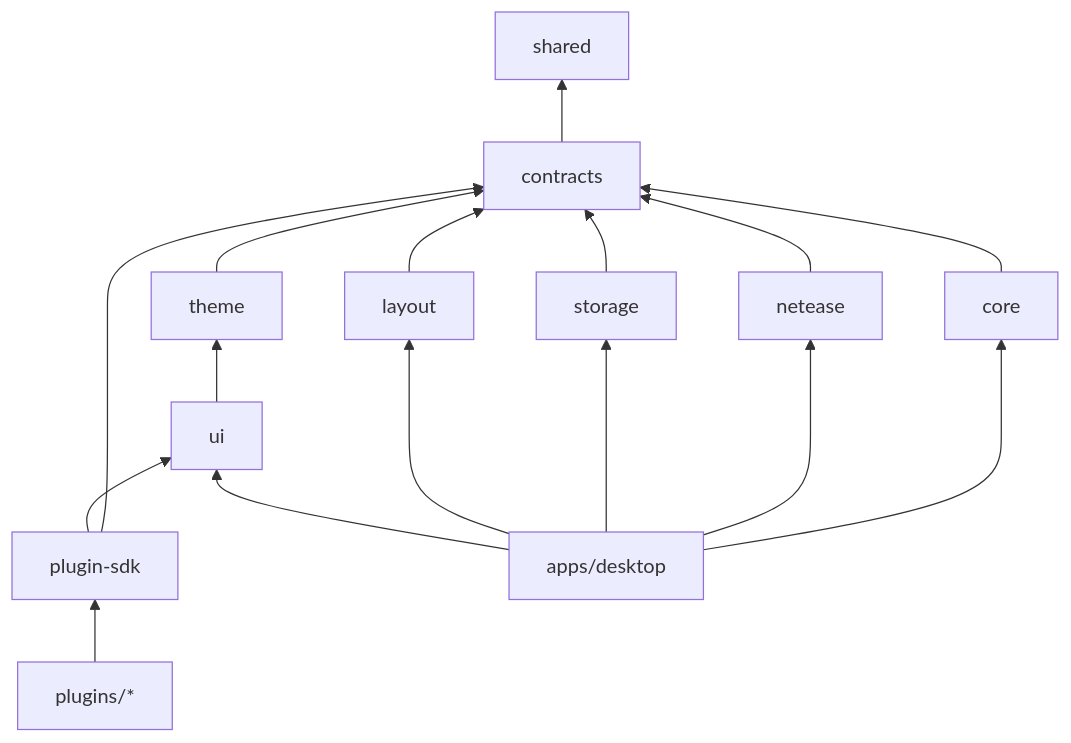
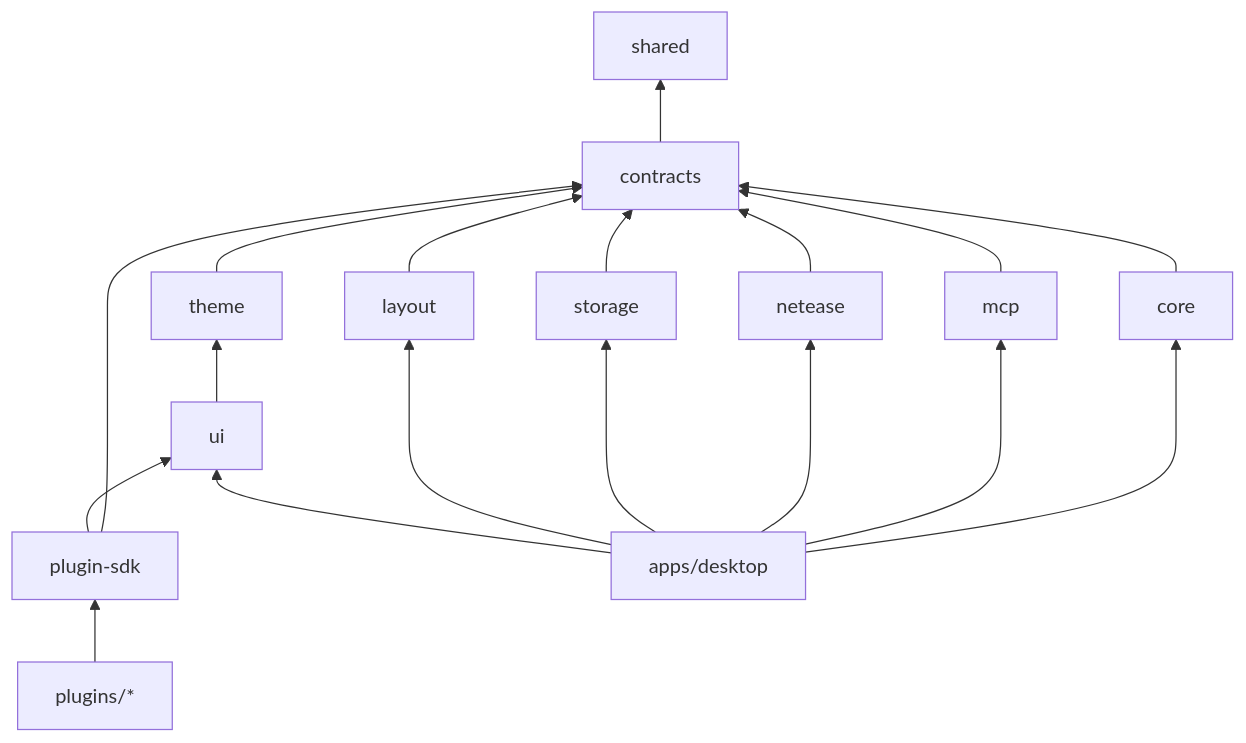
Before and after one commit to GlazeCatTeam/GlazeMCDevManager: the diagram in docs/architecture/03-modules.md, drawn with Mermaid. The commit also changed other lines of this file and 19 other files, not shown here.

````diff
--- a/docs/architecture/03-modules.md
+++ b/docs/architecture/03-modules.md
@@ -53,19 +55,21 @@
 ```mermaid
 flowchart BT
     shared["shared"]
     contracts["contracts"] --> shared
     storage["storage"] --> contracts
     netease["netease"] --> contracts
     core["core"] --> contracts
     theme["theme"] --> contracts
     layout["layout"] --> contracts
     ui["ui"] --> theme
     sdk["plugin-sdk"] --> contracts
     sdk --> ui
     plugins["plugins/*"] --> sdk
+    mcp["mcp"] --> contracts
     desktop["apps/desktop"] --> core
+    desktop --> mcp
     desktop --> netease
     desktop --> storage
     desktop --> layout
     desktop --> ui
 ```
````
